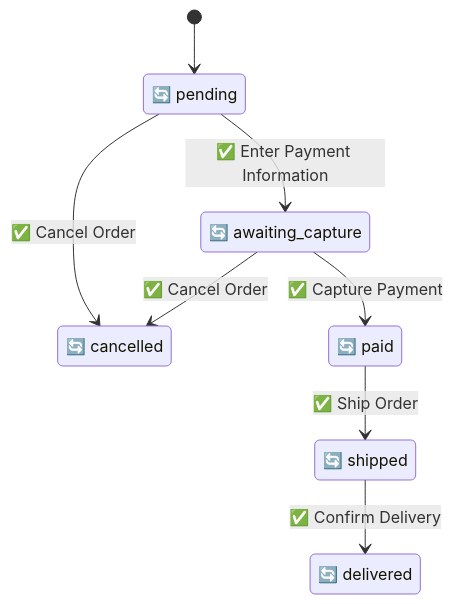
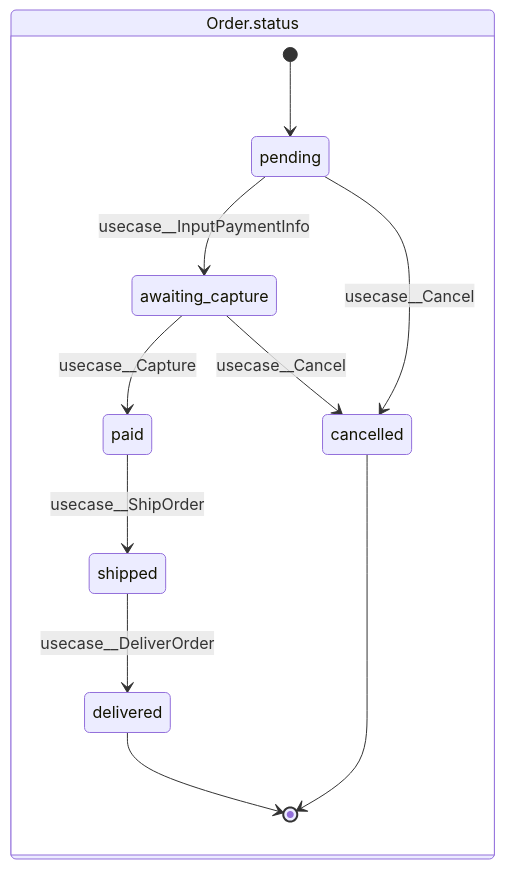
The diagram in samples/ec-site/out/state.mmd (manji-0/rdra-ish-dsl), drawn with Mermaid before and after one commit. The commit also changed 13 other files, not shown here.

```diff
--- a/samples/ec-site/out/state.mmd
+++ b/samples/ec-site/out/state.mmd
@@ -1,14 +1,21 @@
+%% rdra-ish diagram=state scope=whole model=samples/ec-site
+%% kinds: statemodel state usecase
+%% omitted: Payment.status (Enum without transitions)
 stateDiagram-v2
-  [*] --> Order_pending
-  state "🔄 awaiting_capture" as Order_awaiting_capture
-  state "🔄 cancelled" as Order_cancelled
-  state "🔄 paid" as Order_paid
-  state "🔄 shipped" as Order_shipped
-  state "🔄 pending" as Order_pending
-  state "🔄 delivered" as Order_delivered
-  Order_awaiting_capture --> Order_cancelled : ✅ Cancel Order
-  Order_awaiting_capture --> Order_paid : ✅ Capture Payment
-  Order_paid --> Order_shipped : ✅ Ship Order
-  Order_pending --> Order_awaiting_capture : ✅ Enter Payment Information
-  Order_pending --> Order_cancelled : ✅ Cancel Order
-  Order_shipped --> Order_delivered : ✅ Confirm Delivery
+  state "Order.status" as statemodel__Order_status {
+    [*] --> state__Order_pending
+    state "pending" as state__Order_pending
+    state "awaiting_capture" as state__Order_awaiting_capture
+    state "paid" as state__Order_paid
+    state "shipped" as state__Order_shipped
+    state "delivered" as state__Order_delivered
+    state "cancelled" as state__Order_cancelled
+    state__Order_pending --> state__Order_awaiting_capture : usecase__InputPaymentInfo
+    state__Order_pending --> state__Order_cancelled : usecase__Cancel
+    state__Order_awaiting_capture --> state__Order_paid : usecase__Capture
+    state__Order_awaiting_capture --> state__Order_cancelled : usecase__Cancel
+    state__Order_paid --> state__Order_shipped : usecase__ShipOrder
+    state__Order_shipped --> state__Order_delivered : usecase__DeliverOrder
+    state__Order_delivered --> [*]
+    state__Order_cancelled --> [*]
+  }
```
